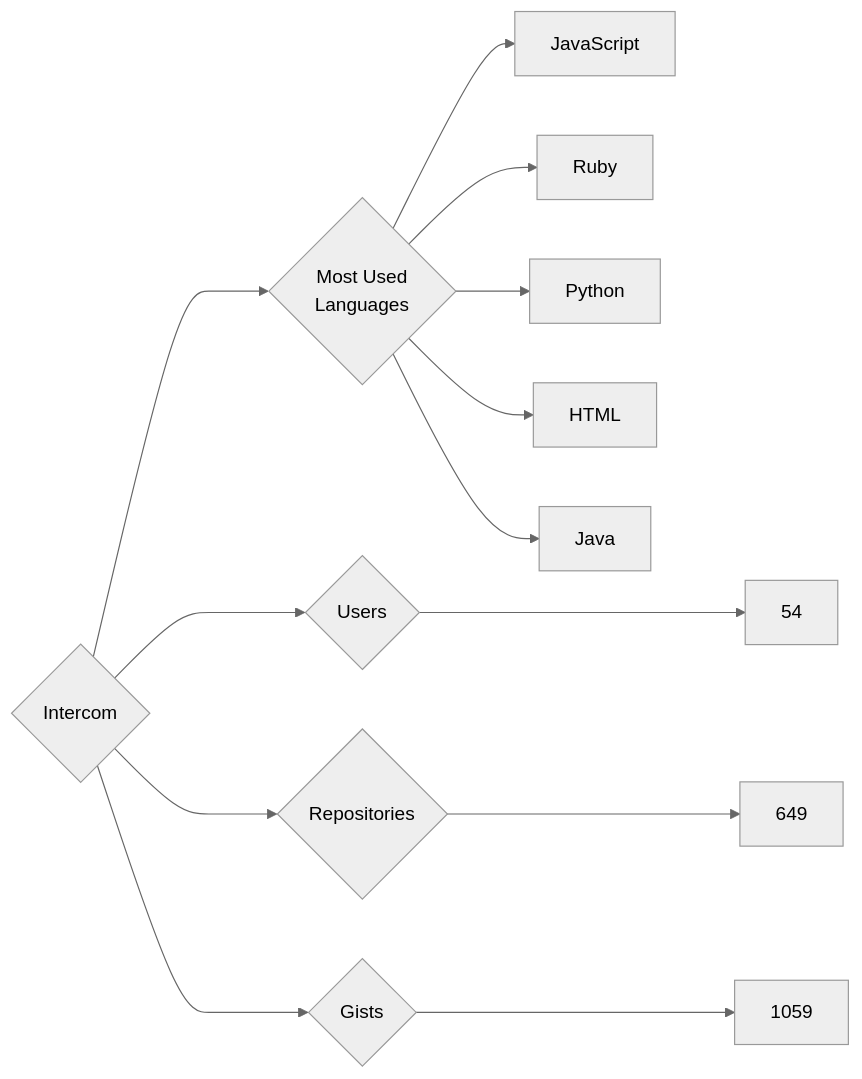
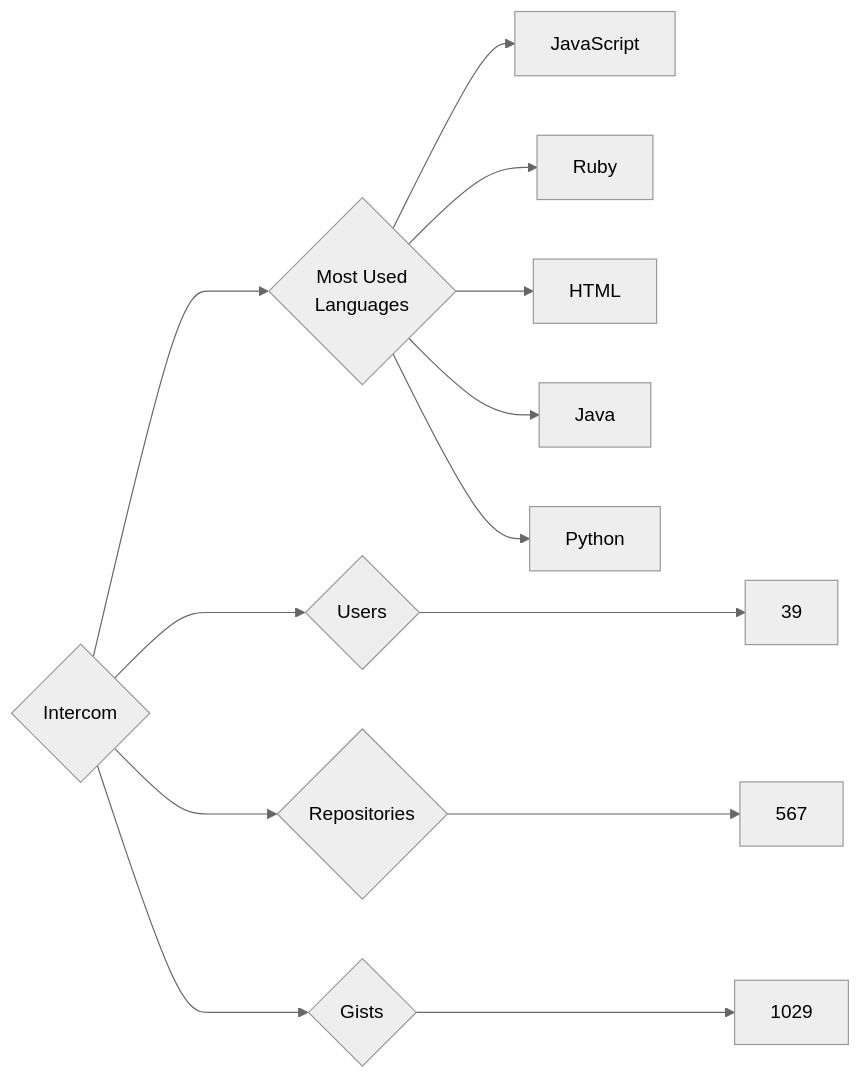
Before and after one commit to trickest/insiders: the diagram in targets/Intercom/README.md, drawn with Mermaid (neutral theme). The commit also changed 782 other files, not shown here.

````diff
--- a/targets/Intercom/README.md
+++ b/targets/Intercom/README.md
@@ -3,13 +3,13 @@
 ```mermaid
 graph LR
 COMPANY_NAME{Intercom}
-COMPANY_NAME ---> U{Users} ---> UN[54]
-COMPANY_NAME ---> R{Repositories} ---> RN[649]
-COMPANY_NAME ---> G{Gists} ---> GN[1059]
+COMPANY_NAME ---> U{Users} ---> UN[39]
+COMPANY_NAME ---> R{Repositories} ---> RN[567]
+COMPANY_NAME ---> G{Gists} ---> GN[1029]
 COMPANY_NAME ---> ML{Most Used<br>Languages}
 ML --> JavaScript[JavaScript]
 ML --> Ruby[Ruby]
-ML --> Python[Python]
 ML --> HTML[HTML]
 ML --> Java[Java]
+ML --> Python[Python]
 ```
````
